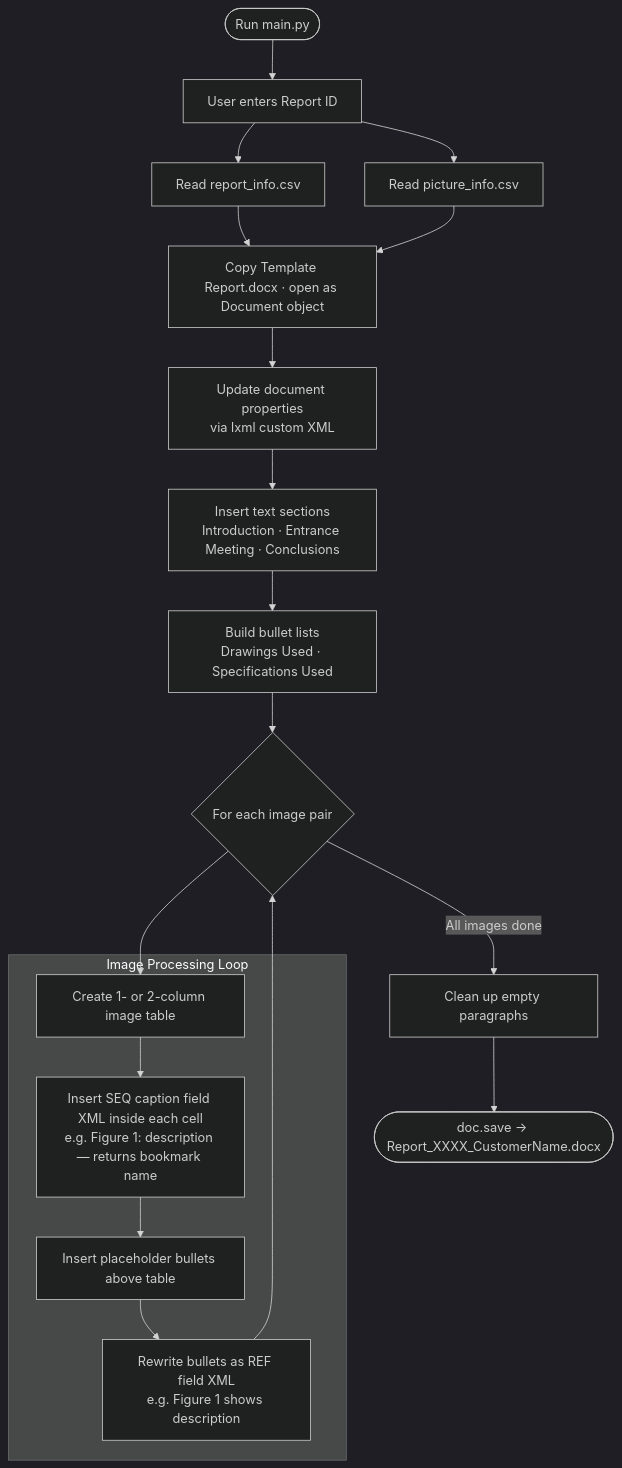
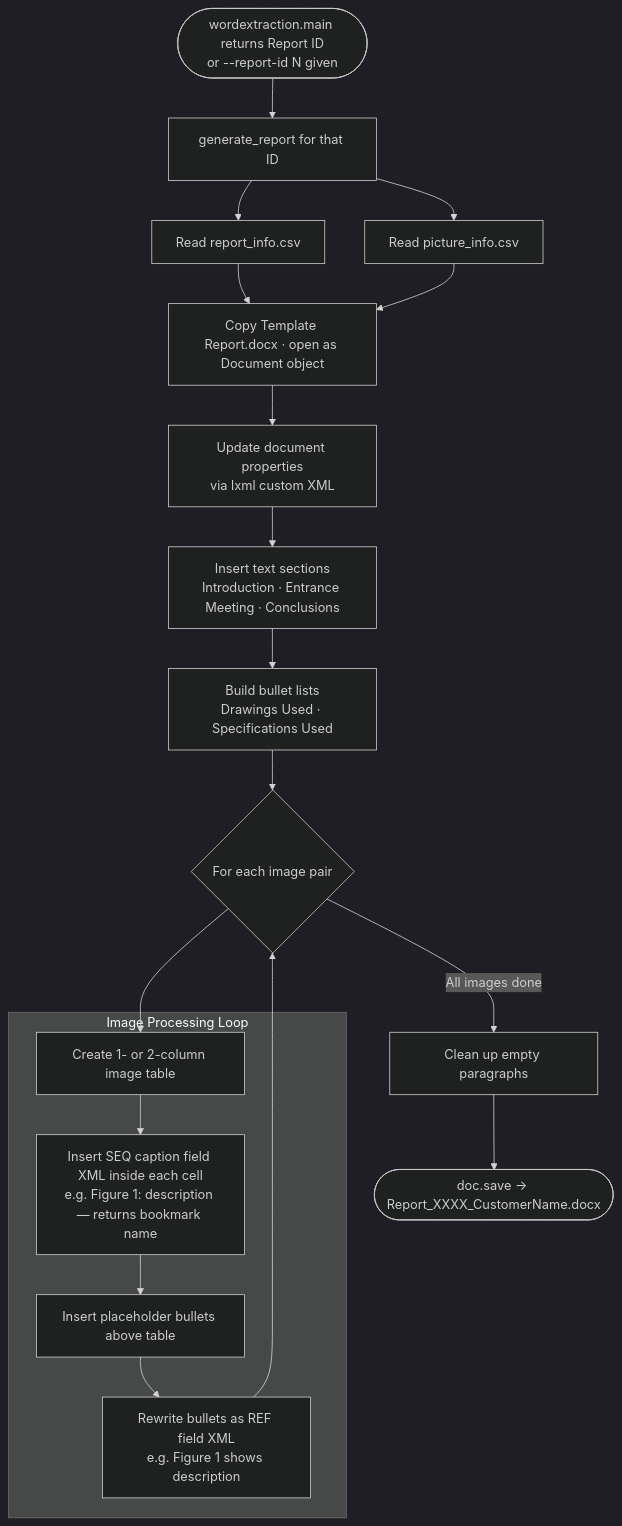
The second of 2 diagrams in README.md (phpaivamotta/report-automation), drawn with Mermaid (dark theme) before and after one commit. The commit also changed other lines of this file and 3 other files, not shown here.

Commit message:
Refactor report generation process: consolidate input form extraction and report building into main.py; update README and CLAUDE.md for clarity on usage stages.

````diff
--- a/README.md
+++ b/README.md
@@ -313,26 +308,26 @@
 ```mermaid
 flowchart TD
-    A([Run main.py]) --> B[User enters Report ID]
+    A([wordextraction.main returns Report ID<br/>or --report-id N given]) --> B[generate_report for that ID]
     B --> C[Read report_info.csv]
     B --> D[Read picture_info.csv]
     C & D --> E[Copy Template Report.docx · open as Document object]
 
     E --> F["Update document properties<br/>via lxml custom XML"]
     F --> G["Insert text sections<br/>Introduction · Entrance Meeting · Conclusions"]
     G --> H["Build bullet lists<br/>Drawings Used · Specifications Used"]
 
     H --> I{For each image pair}
 
     subgraph loop["  Image Processing Loop  "]
         J["Create 1- or 2-column image table"]
         K["Insert SEQ caption field XML inside each cell<br/>e.g. Figure 1: description — returns bookmark name"]
         L["Insert placeholder bullets above table"]
         M["Rewrite bullets as REF field XML<br/>e.g. Figure 1 shows description"]
         J --> K --> L --> M
     end
 
     I --> J
     M --> I
     I -->|All images done| O["Clean up empty paragraphs"]
     O --> P([doc.save → Report_XXXX_CustomerName.docx])
 ```
````
